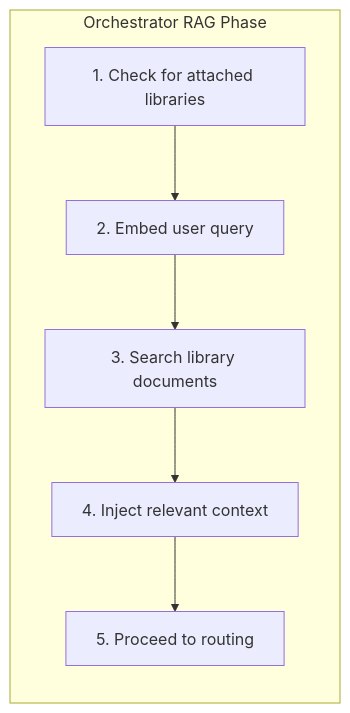
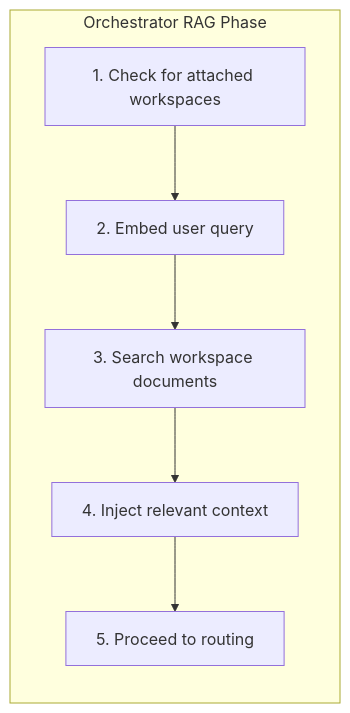
The third of 5 diagrams in apps/web/content/docs/core-concepts/rag.mdx (Fabric-Pro/fabric-oss), drawn with Mermaid before and after one commit. The commit also changed other lines of this file and 1600 other files, not shown here.

````diff
--- a/apps/web/content/docs/core-concepts/rag.mdx
+++ b/apps/web/content/docs/core-concepts/rag.mdx
@@ -269,12 +269,12 @@
 ```mermaid
 flowchart LR
     subgraph ORCH["Orchestrator RAG Phase"]
         direction TB
-        S1[1. Check for attached libraries]
+        S1[1. Check for attached workspaces]
         S2[2. Embed user query]
-        S3[3. Search library documents]
+        S3[3. Search workspace documents]
         S4[4. Inject relevant context]
         S5[5. Proceed to routing]
         S1 --> S2 --> S3 --> S4 --> S5
     end
 ```
````
